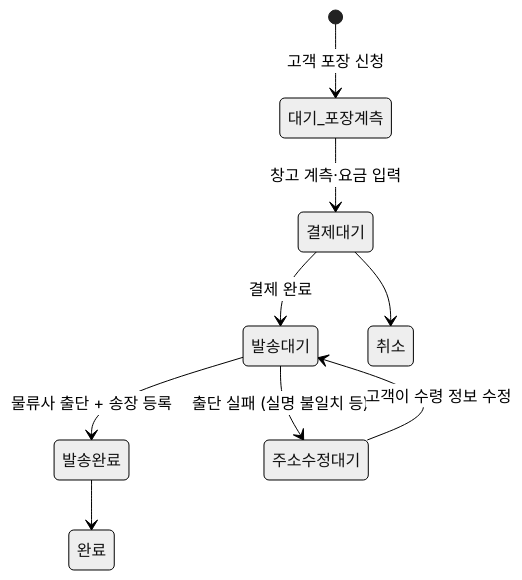
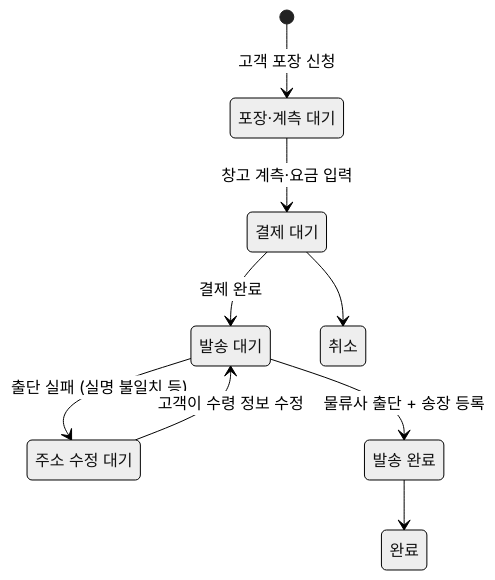
Before and after one commit to laoli123-ops/portfolio: the second of 2 diagrams in 01-overseas-shipping-miniprogram.md, drawn with Mermaid (neutral theme).

Commit message:
Use ASCII state ids in order state diagram

````diff
--- a/01-overseas-shipping-miniprogram.md
+++ b/01-overseas-shipping-miniprogram.md
@@ -35,11 +35,18 @@
 ```mermaid
 stateDiagram-v2
-  [*] --> 대기_포장계측: 고객 포장 신청
-  대기_포장계측 --> 결제대기: 창고 계측·요금 입력
-  결제대기 --> 발송대기: 결제 완료
-  발송대기 --> 발송완료: 물류사 출단 + 송장 등록
-  발송대기 --> 주소수정대기: 출단 실패 (실명 불일치 등)
-  주소수정대기 --> 발송대기: 고객이 수령 정보 수정
-  발송완료 --> 완료
-  결제대기 --> 취소
+  state "포장·계측 대기" as REVIEW
+  state "결제 대기" as PAYMENT
+  state "발송 대기" as SHIP
+  state "주소 수정 대기" as FIX
+  state "발송 완료" as SHIPPED
+  state "완료" as DONE
+  state "취소" as CANCEL
+  [*] --> REVIEW: 고객 포장 신청
+  REVIEW --> PAYMENT: 창고 계측·요금 입력
+  PAYMENT --> SHIP: 결제 완료
+  SHIP --> SHIPPED: 물류사 출단 + 송장 등록
+  SHIP --> FIX: 출단 실패 (실명 불일치 등)
+  FIX --> SHIP: 고객이 수령 정보 수정
+  SHIPPED --> DONE
+  PAYMENT --> CANCEL
 ```
````
